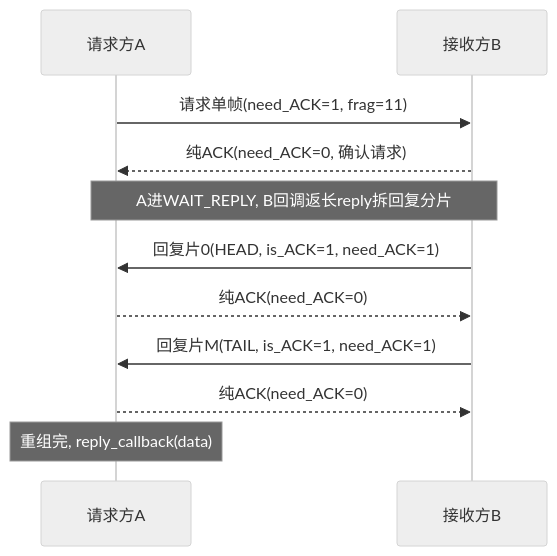
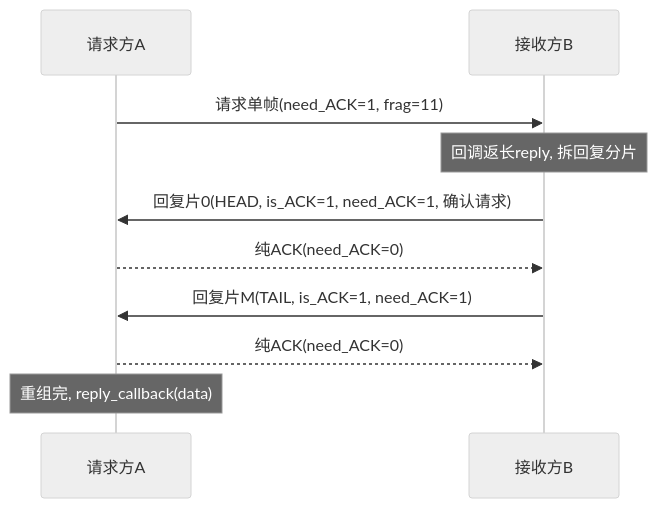
One commit to Siaiai/ObsidianNote changed the third of 13 diagrams in 工作/项目/代码/260401S3分拣面板-SIA-R9000P.md. Above: the diagram before and after it, drawn with Mermaid (neutral theme). The commit also changed other lines of this file, not shown here.

````diff
--- a/工作/项目/代码/260401S3分拣面板-SIA-R9000P.md
+++ b/工作/项目/代码/260401S3分拣面板-SIA-R9000P.md
@@ -131,13 +131,12 @@
 ```mermaid
 sequenceDiagram
     participant A as 请求方A
     participant B as 接收方B
     A->>B: 请求单帧(need_ACK=1, frag=11)
-    B-->>A: 纯ACK(need_ACK=0, 确认请求)
-    Note over A,B: A进WAIT_REPLY, B回调返长reply拆回复分片
-    B->>A: 回复片0(HEAD, is_ACK=1, need_ACK=1)
+    Note over B: 回调返长reply, 拆回复分片
+    B->>A: 回复片0(HEAD, is_ACK=1, need_ACK=1, 确认请求)
     A-->>B: 纯ACK(need_ACK=0)
     B->>A: 回复片M(TAIL, is_ACK=1, need_ACK=1)
     A-->>B: 纯ACK(need_ACK=0)
     Note over A: 重组完, reply_callback(data)
 ```
````
